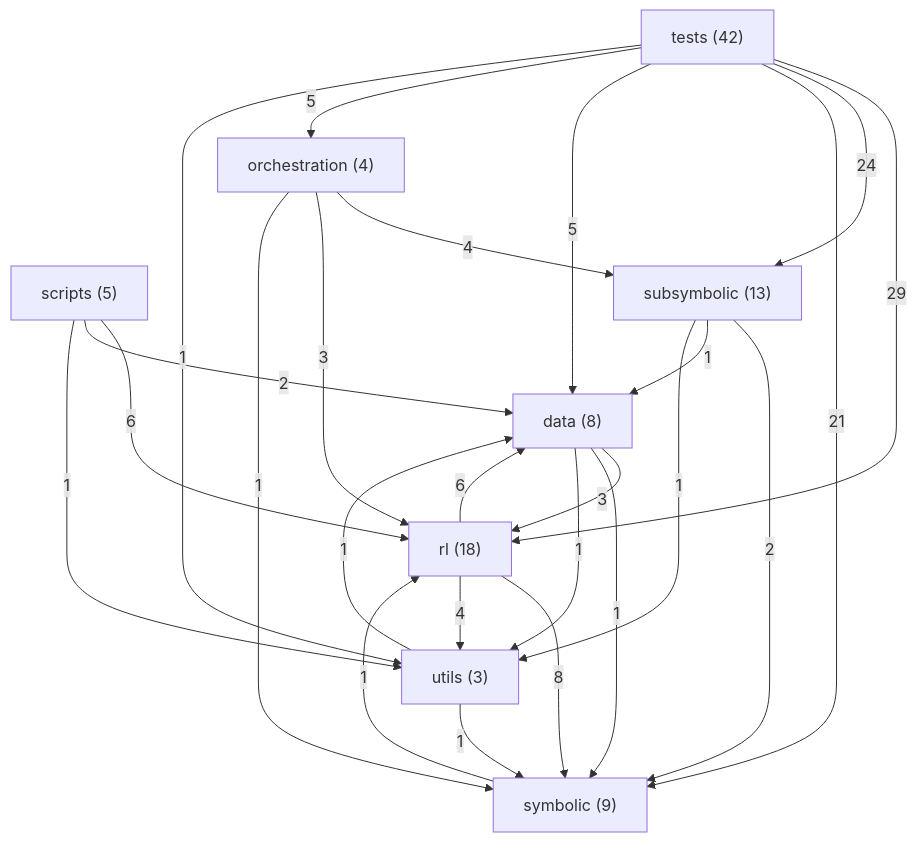
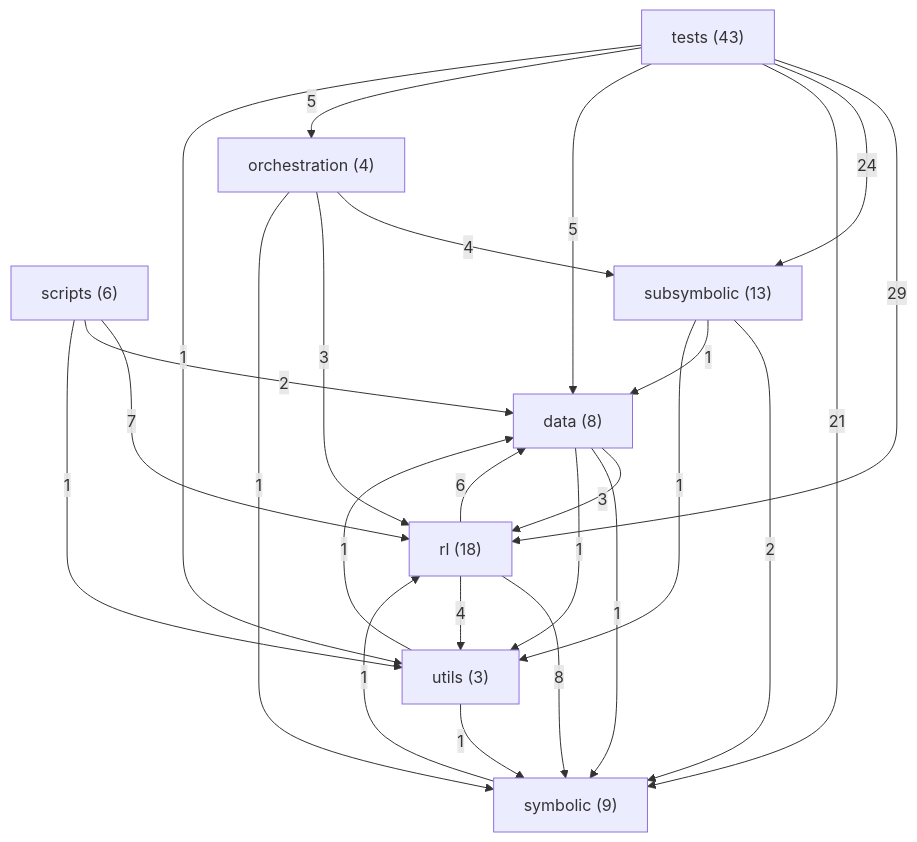
The diagram in ARCHITECTURE.md (danrd/ARC-AGI), drawn with Mermaid before and after one commit. The commit also changed other lines of this file and 3 other files, not shown here.

````diff
--- a/ARCHITECTURE.md
+++ b/ARCHITECTURE.md
@@ -125,35 +125,35 @@
 ```mermaid
 graph TD
   data["data (8)"]
   orchestration["orchestration (4)"]
   rl["rl (18)"]
-  scripts["scripts (5)"]
+  scripts["scripts (6)"]
   subsymbolic["subsymbolic (13)"]
   symbolic["symbolic (9)"]
-  tests["tests (42)"]
+  tests["tests (43)"]
   utils["utils (3)"]
   tests -->|29| rl
   tests -->|24| subsymbolic
   tests -->|21| symbolic
   rl -->|8| symbolic
+  scripts -->|7| rl
   rl -->|6| data
-  scripts -->|6| rl
   tests -->|5| data
   tests -->|5| orchestration
   orchestration -->|4| subsymbolic
   rl -->|4| utils
   data -->|3| rl
   orchestration -->|3| rl
   scripts -->|2| data
   subsymbolic -->|2| symbolic
   data -->|1| symbolic
   data -->|1| utils
   orchestration -->|1| symbolic
   scripts -->|1| utils
   subsymbolic -->|1| data
   subsymbolic -->|1| utils
   symbolic -->|1| rl
   tests -->|1| utils
   utils -->|1| data
   utils -->|1| symbolic
 ```
````
